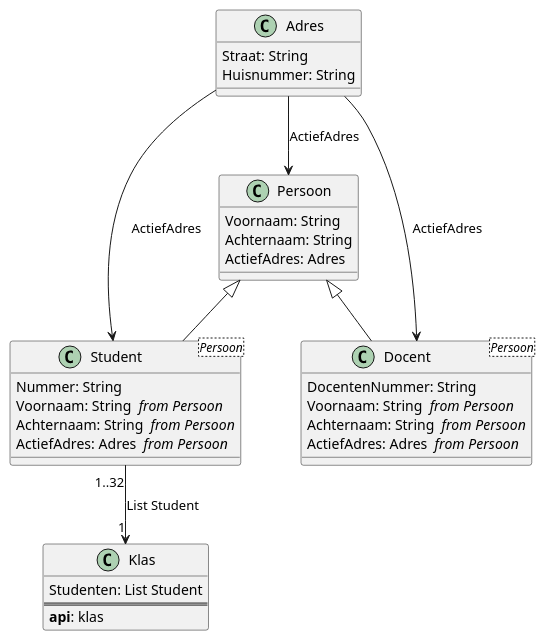
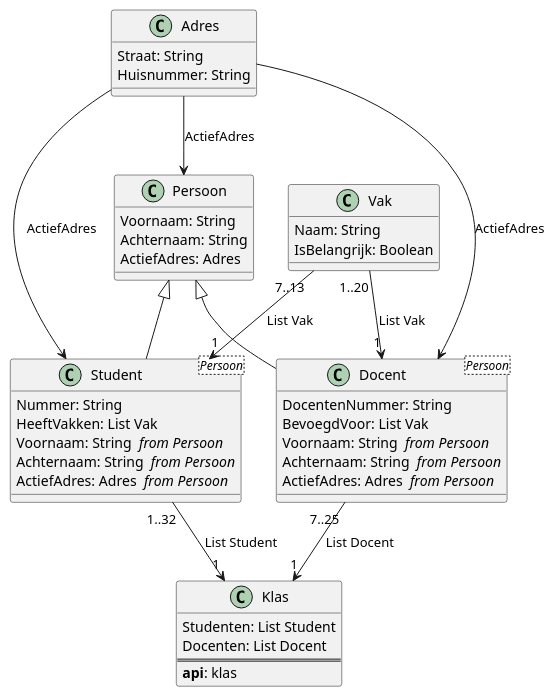
One commit to Baudin999/car-lang changed the diagram in Examples/output/v0.0.1/School/School.puml. Above: the diagram before and after it, drawn with PlantUML. The commit also changed 24 other files, not shown here.

```diff
--- a/Examples/output/v0.0.1/School/School.puml
+++ b/Examples/output/v0.0.1/School/School.puml
@@ -1,32 +1,42 @@
 class "Klas" as Klas  {
 	Studenten: List Student
+	Docenten: List Docent
 ===
   <b>api</b>: klas
 }
 Student "1..32" --> "1" Klas : List Student
+Docent "7..25" --> "1" Klas : List Docent
 class "Student " as Student <Persoon> {
 	Nummer: String 
+	HeeftVakken: List Vak
 	Voornaam: String  <i>from Persoon</i>
 	Achternaam: String  <i>from Persoon</i>
 	ActiefAdres: Adres  <i>from Persoon</i>
 }
 Adres --> Student : ActiefAdres
+Vak "7..13" --> "1" Student : List Vak
 Persoon <|-- Student
 class "Docent " as Docent <Persoon> {
 	DocentenNummer: String 
+	BevoegdVoor: List Vak
 	Voornaam: String  <i>from Persoon</i>
 	Achternaam: String  <i>from Persoon</i>
 	ActiefAdres: Adres  <i>from Persoon</i>
 }
 Adres --> Docent : ActiefAdres
+Vak "1..20" --> "1" Docent : List Vak
 Persoon <|-- Docent
 class "Persoon" as Persoon  {
 	Voornaam: String 
 	Achternaam: String 
 	ActiefAdres: Adres 
 }
 Adres --> Persoon : ActiefAdres
 class "Adres" as Adres  {
 	Straat: String 
 	Huisnummer: String 
 }
+class "Vak" as Vak  {
+	Naam: String 
+	IsBelangrijk: Boolean 
+}
```
